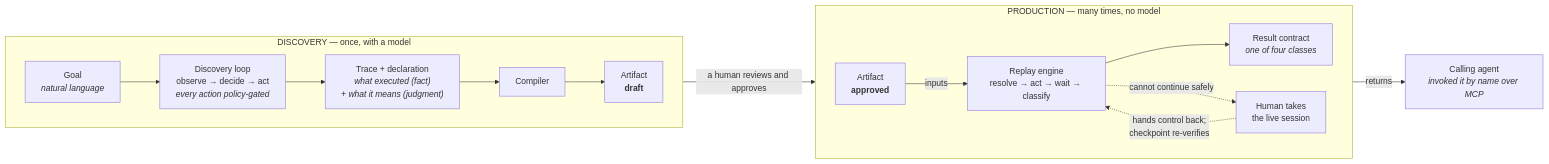
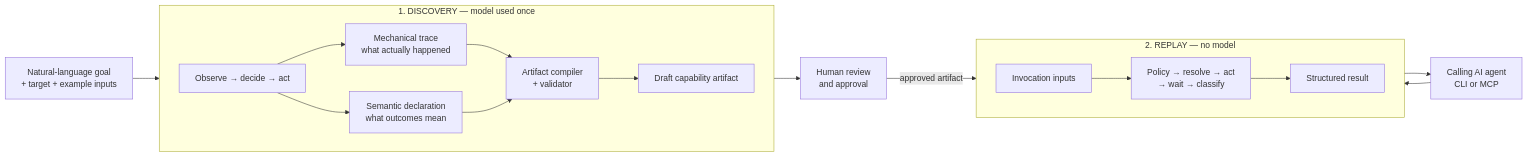
One commit to ssciri09/computer-use-automation-system changed the first of 17 diagrams in docs/ARCHITECTURE.md. Above: the diagram before and after it, drawn with Mermaid. The commit also changed other lines of this file and 109 other files, not shown here.

````diff
--- a/docs/ARCHITECTURE.md
+++ b/docs/ARCHITECTURE.md
@@ -16,22 +10,38 @@
 ```mermaid
 flowchart LR
-  subgraph D["DISCOVERY — once, with a model"]
-    direction LR
-    G["Goal<br/><i>natural language</i>"] --> L["Discovery loop<br/>observe → decide → act<br/><i>every action policy-gated</i>"]
-    L --> T["Trace + declaration<br/><i>what executed (fact)</i><br/><i>+ what it means (judgment)</i>"]
-    T --> C["Compiler"]
-    C --> A1["Artifact<br/><b>draft</b>"]
-  end
+    U["Natural-language goal<br/>+ target + example inputs"]
 
-  A1 -->|"a human reviews and approves"| A2
+    subgraph DISCOVERY["1. DISCOVERY — model used once"]
+        direction LR
+        LOOP["Observe → decide → act"]
+        TRACE["Mechanical trace<br/>what actually happened"]
+        DECL["Semantic declaration<br/>what outcomes mean"]
+        COMP["Artifact compiler<br/>+ validator"]
+        DRAFT["Draft capability artifact"]
 
-  subgraph P["PRODUCTION — many times, no model"]
-    direction LR
-    A2["Artifact<br/><b>approved</b>"] -->|inputs| R["Replay engine<br/>resolve → act → wait → classify"]
-    R --> RC["Result contract<br/><i>one of four classes</i>"]
-    R -.->|"cannot continue safely"| H["Human takes<br/>the live session"]
-    H -.->|"hands control back;<br/>checkpoint re-verifies"| R
-  end
+        LOOP --> TRACE
+        LOOP --> DECL
+        TRACE --> COMP
+        DECL --> COMP
+        COMP --> DRAFT
+    end
 
-  RC -->|returns| AG["Calling agent<br/><i>invoked it by name over MCP</i>"]
+    REVIEW["Human review<br/>and approval"]
+
+    subgraph REPLAY["2. REPLAY — no model"]
+        direction LR
+        INPUT["Invocation inputs"]
+        ENGINE["Policy → resolve → act<br/>→ wait → classify"]
+        RESULT["Structured result"]
+
+        INPUT --> ENGINE --> RESULT
+    end
+
+    CALLER["Calling AI agent<br/>CLI or MCP"]
+
+    U --> LOOP
+    DRAFT --> REVIEW
+    REVIEW -->|"approved artifact"| ENGINE
+    CALLER --> INPUT
+    RESULT --> CALLER
 ```
````
